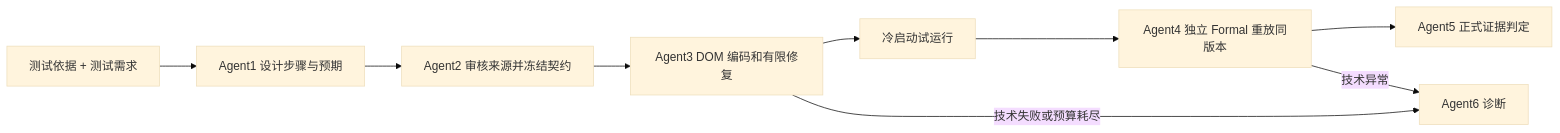
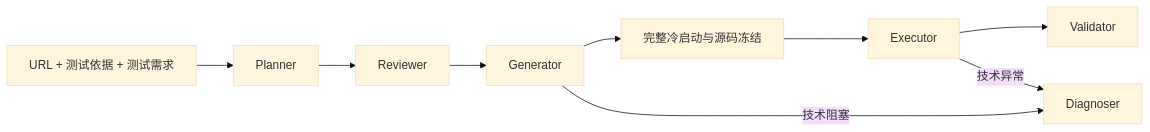
One commit to dh183808-cell/web-gui-testing-agent changed the diagram in README.md. Above: the diagram before and after it, drawn with Mermaid (base theme). The commit also changed other lines of this file, not shown here.

````diff
--- a/README.md
+++ b/README.md
@@ -90,11 +33,11 @@
 ```mermaid
 flowchart LR
-    Input[测试依据 + 测试需求] --> A1[Agent1 设计步骤与预期]
-    A1 --> A2[Agent2 审核来源并冻结契约]
-    A2 --> A3[Agent3 DOM 编码和有限修复]
-    A3 --> Cold[冷启动试运行]
-    Cold --> A4[Agent4 独立 Formal 重放同版本]
-    A4 --> A5[Agent5 正式证据判定]
-    A3 -->|技术失败或预算耗尽| A6[Agent6 诊断]
-    A4 -->|技术异常| A6
+    Input[URL + 测试依据 + 测试需求] --> Planner
+    Planner --> Reviewer
+    Reviewer --> Generator
+    Generator --> Cold[完整冷启动与源码冻结]
+    Cold --> Executor
+    Executor --> Validator
+    Generator -->|技术阻塞| Diagnoser
+    Executor -->|技术异常| Diagnoser
 ```
````
